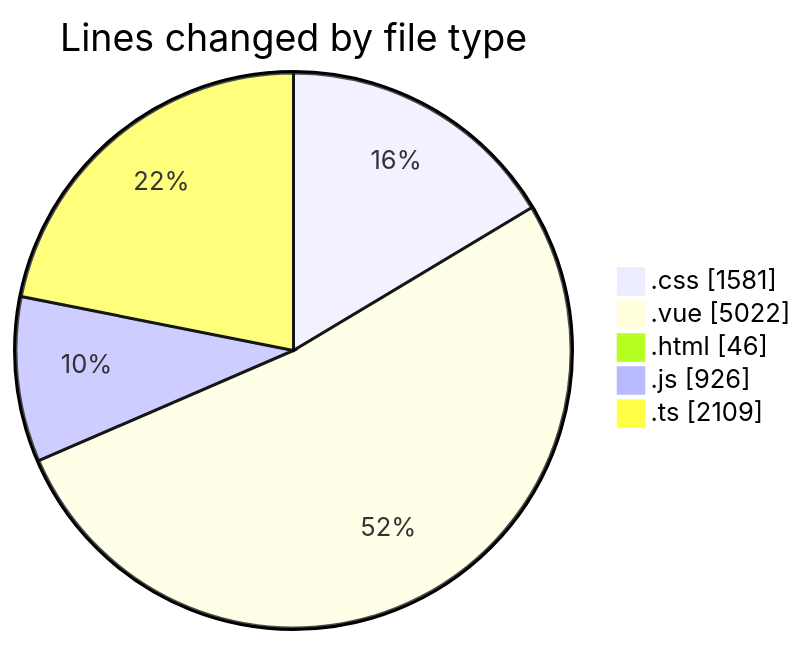
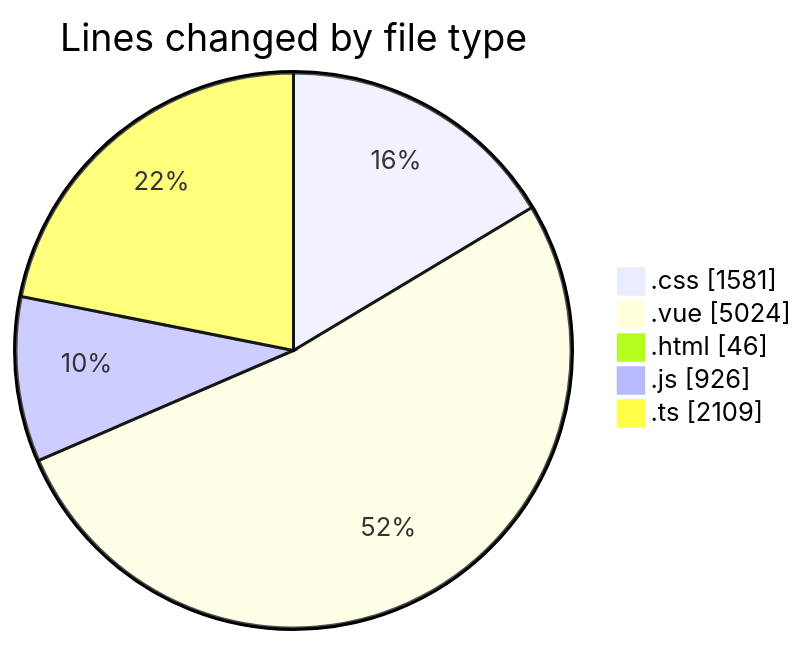
One commit to lephambinh05/code-tracking changed the first of 2 diagrams in 2025-08-18/rentotp/README.md. Above: the diagram before and after it, drawn with Mermaid. The commit also changed other lines of this file and 1 other file, not shown here.

````diff
--- a/2025-08-18/rentotp/README.md
+++ b/2025-08-18/rentotp/README.md
@@ -51,9 +51,9 @@
 ```mermaid
 pie showData
 title Lines changed by file type
 ".css" : 1581
-".vue" : 5022
+".vue" : 5024
 ".html" : 46
 ".js" : 926
 ".ts" : 2109
 ```
````
